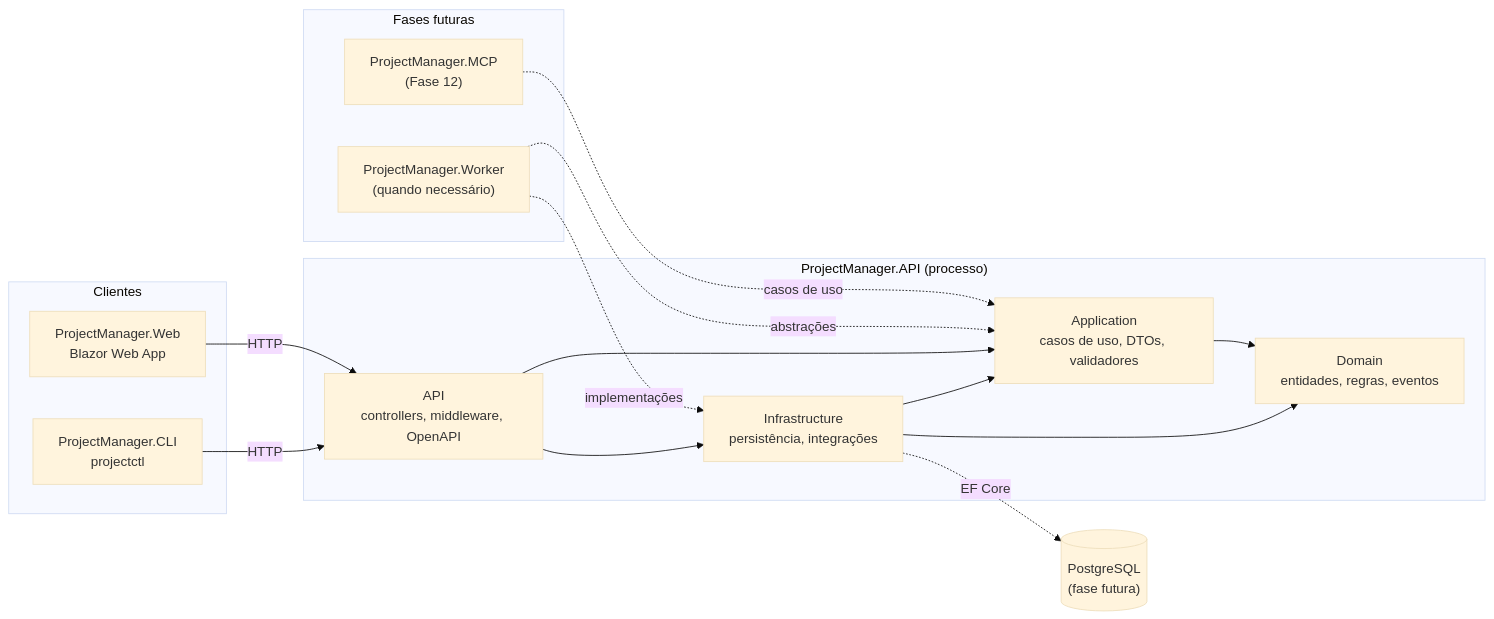
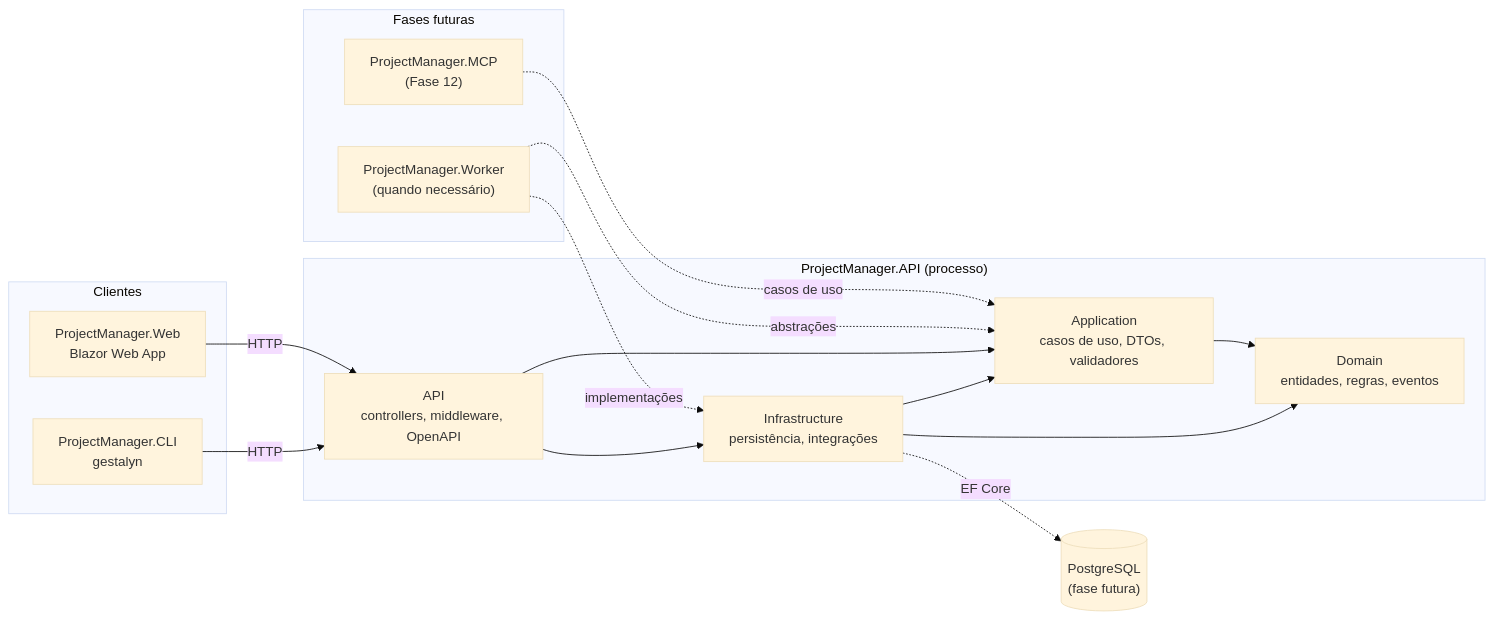
The first of 2 diagrams in docs/architecture/ARCHITECTURE.md (harrisonleandro/Gestalyn), drawn with Mermaid (base theme) before and after one commit. The commit also changed other lines of this file and 17 other files, not shown here.

First line of the commit message:
feat: adotar marca Gestalyn e renomear a CLI para gestalyn

````diff
--- a/docs/architecture/ARCHITECTURE.md
+++ b/docs/architecture/ARCHITECTURE.md
@@ -9,33 +9,33 @@
 ```mermaid
 flowchart LR
     subgraph Clientes
         Web["ProjectManager.Web<br/>Blazor Web App"]
-        CLI["ProjectManager.CLI<br/>projectctl"]
+        CLI["ProjectManager.CLI<br/>gestalyn"]
     end
 
     subgraph Futuro["Fases futuras"]
         MCP["ProjectManager.MCP<br/>(Fase 12)"]
         Worker["ProjectManager.Worker<br/>(quando necessário)"]
     end
 
     subgraph Backend["ProjectManager.API (processo)"]
         API["API<br/>controllers, middleware, OpenAPI"]
         App["Application<br/>casos de uso, DTOs, validadores"]
         Infra["Infrastructure<br/>persistência, integrações"]
         Domain["Domain<br/>entidades, regras, eventos"]
     end
 
     DB[("PostgreSQL<br/>(fase futura)")]
 
     Web -- HTTP --> API
     CLI -- HTTP --> API
     MCP -. casos de uso .-> App
     Worker -. abstrações .-> App
     Worker -. implementações .-> Infra
     API --> App
     API --> Infra
     Infra --> App
     App --> Domain
     Infra --> Domain
     Infra -. EF Core .-> DB
 ```
````
